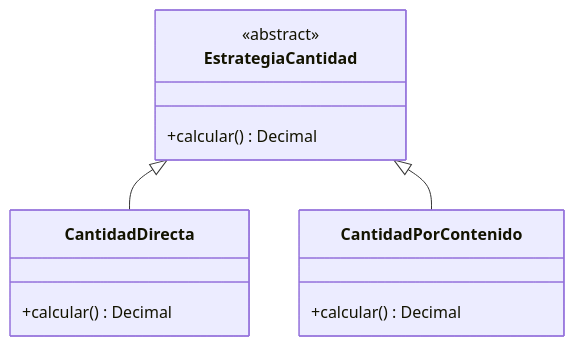
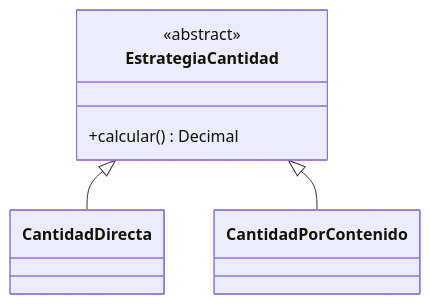
One commit to Jorge10192/TP-Programacion2-UNSAM-2C2026 changed the third of 3 diagrams in Proyecto-3-AppAdmin-Mascotas/Ingenieria de Software/Documentacion.md. Above: the diagram before and after it, drawn with Mermaid. The commit also changed other lines of this file and 86 other files, not shown here.

````diff
--- a/Proyecto-3-AppAdmin-Mascotas/Ingenieria de Software/Documentacion.md
+++ b/Proyecto-3-AppAdmin-Mascotas/Ingenieria de Software/Documentacion.md
@@ -53,15 +55,9 @@
 ```mermaid
 classDiagram
     class EstrategiaCantidad {
         <<abstract>>
         +calcular() Decimal
     }
-    class CantidadDirecta {
-        +calcular() Decimal
-    }
-    class CantidadPorContenido {
-        +calcular() Decimal
-    }
     EstrategiaCantidad <|-- CantidadDirecta
     EstrategiaCantidad <|-- CantidadPorContenido
 ```
````
